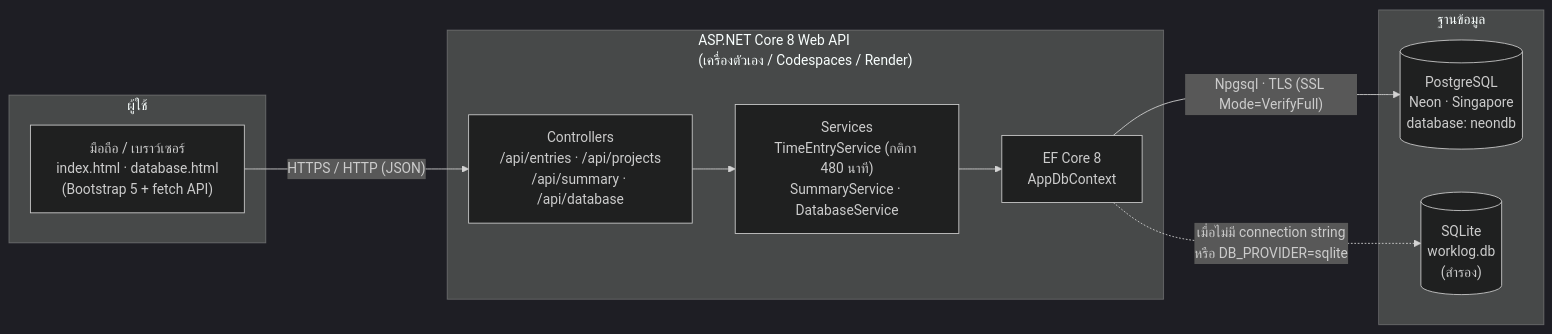
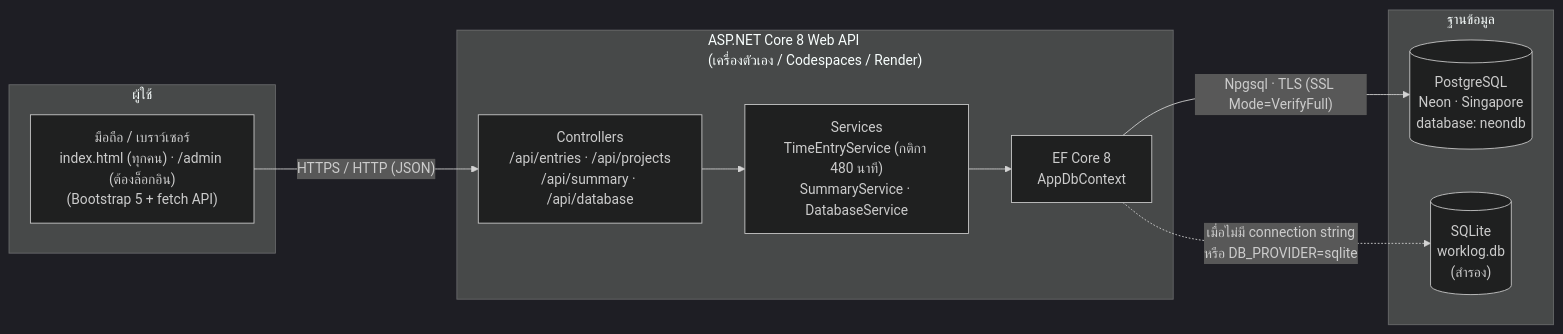
Before and after one commit to Folktalomlok/WorkTimeLog: the diagram in README.md, drawn with Mermaid (dark theme). The commit also changed other lines of this file and 20 other files, not shown here.

First line of the commit message:
Add password-protected admin area for database viewer

````diff
--- a/README.md
+++ b/README.md
@@ -20,19 +20,19 @@
 ```mermaid
 flowchart LR
     subgraph Client["ผู้ใช้"]
-        M["มือถือ / เบราว์เซอร์<br/>index.html · database.html<br/>(Bootstrap 5 + fetch API)"]
+        M["มือถือ / เบราว์เซอร์<br/>index.html (ทุกคน) · /admin (ต้องล็อกอิน)<br/>(Bootstrap 5 + fetch API)"]
     end
     subgraph App["ASP.NET Core 8 Web API<br/>(เครื่องตัวเอง / Codespaces / Render)"]
         C["Controllers<br/>/api/entries · /api/projects<br/>/api/summary · /api/database"]
         S["Services<br/>TimeEntryService (กติกา 480 นาที)<br/>SummaryService · DatabaseService"]
         E["EF Core 8<br/>AppDbContext"]
         C --> S --> E
     end
     subgraph DB["ฐานข้อมูล"]
         PG[("PostgreSQL<br/>Neon · Singapore<br/>database: neondb")]
         SQ[("SQLite<br/>worklog.db<br/>(สำรอง)")]
     end
     M -- "HTTPS / HTTP (JSON)" --> C
     E -- "Npgsql · TLS (SSL Mode=VerifyFull)" --> PG
     E -. "เมื่อไม่มี connection string<br/>หรือ DB_PROVIDER=sqlite" .-> SQ
 ```
````
